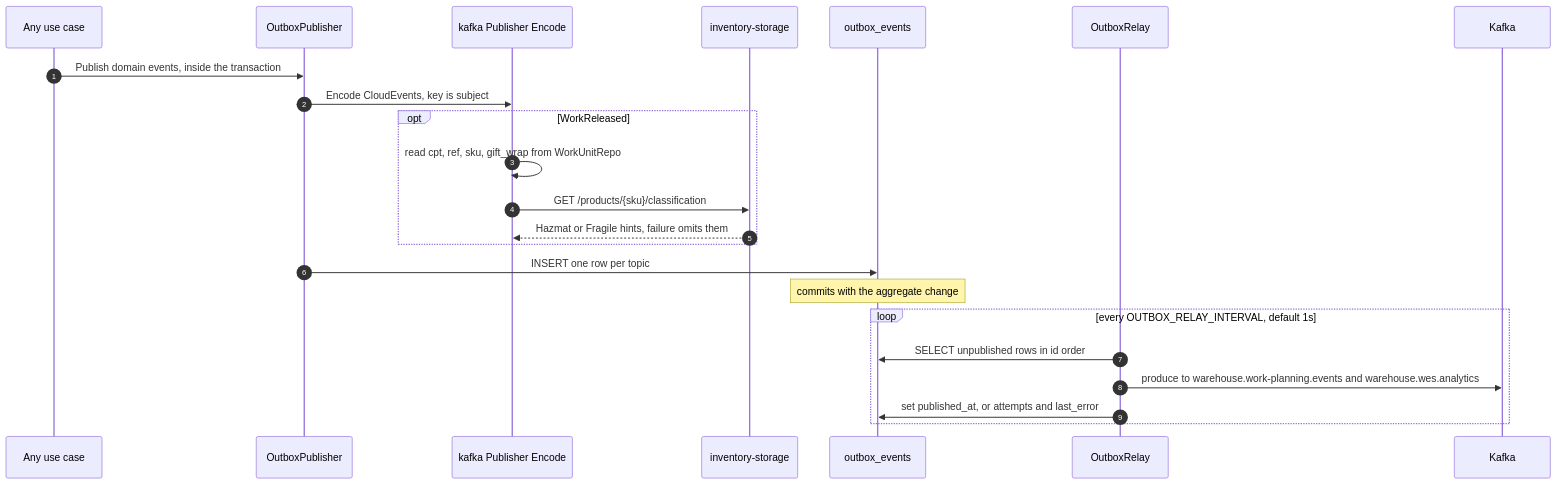
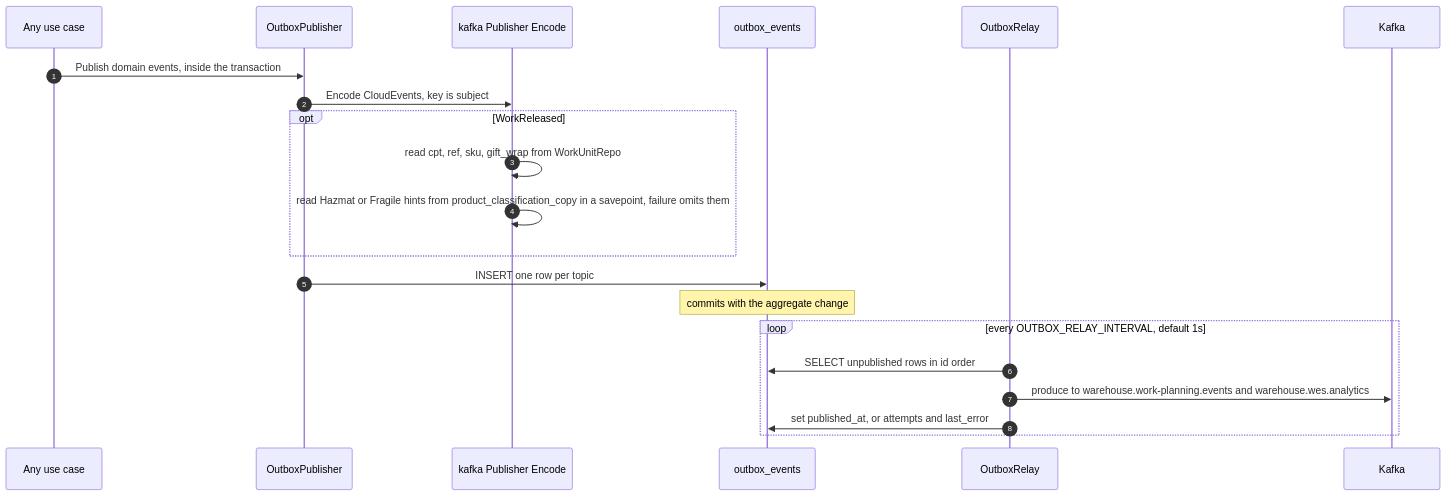
The ninth of 10 diagrams in docs/contexts/wes-work-planning/sequence-diagrams.md (IQVO/warehouse-docs), drawn with Mermaid before and after one commit. The commit also changed 118 other files, not shown here.

````diff
--- a/docs/contexts/wes-work-planning/sequence-diagrams.md
+++ b/docs/contexts/wes-work-planning/sequence-diagrams.md
@@ -403,26 +403,24 @@
 ```mermaid
 sequenceDiagram
     autonumber
     participant UC as Any use case
     participant OP as OutboxPublisher
     participant ENC as kafka Publisher Encode
-    participant IS as inventory-storage
     participant Outbox as outbox_events
     participant Relay as OutboxRelay
     participant K as Kafka
 
     UC->>OP: Publish domain events, inside the transaction
     OP->>ENC: Encode CloudEvents, key is subject
     opt WorkReleased
         ENC->>ENC: read cpt, ref, sku, gift_wrap from WorkUnitRepo
-        ENC->>IS: GET /products/{sku}/classification
-        IS-->>ENC: Hazmat or Fragile hints, failure omits them
+        ENC->>ENC: read Hazmat or Fragile hints from product_classification_copy in a savepoint, failure omits them
     end
     OP->>Outbox: INSERT one row per topic
     Note over Outbox: commits with the aggregate change
     loop every OUTBOX_RELAY_INTERVAL, default 1s
         Relay->>Outbox: SELECT unpublished rows in id order
         Relay->>K: produce to warehouse.work-planning.events and warehouse.wes.analytics
         Relay->>Outbox: set published_at, or attempts and last_error
     end
 ```
````
